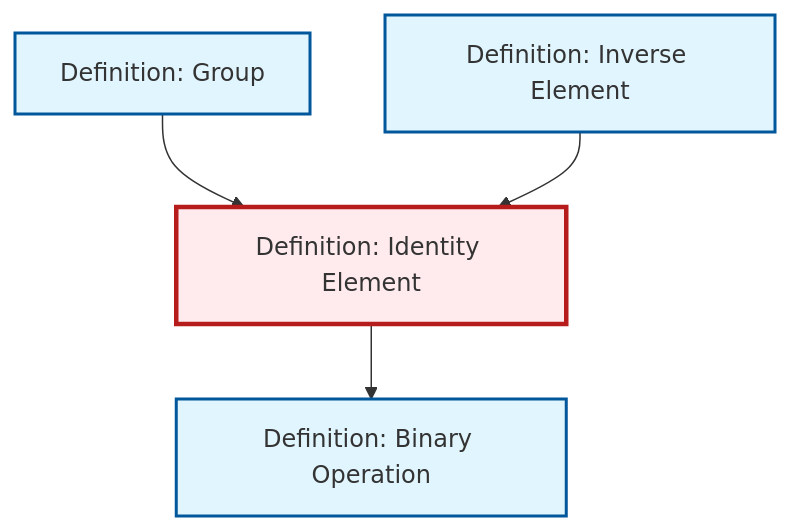
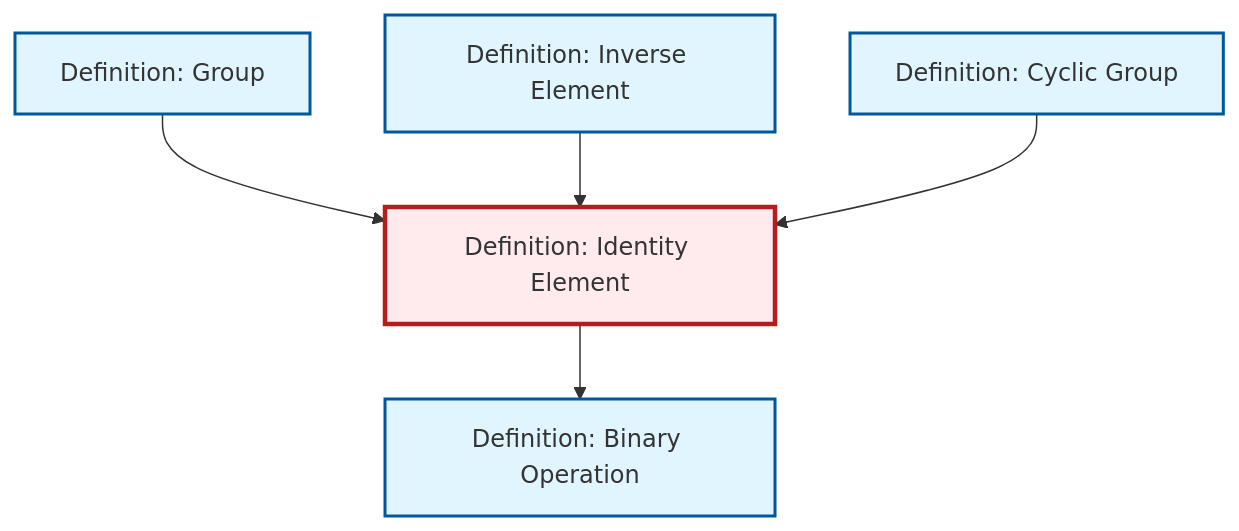
The diagram in content/ja/algebra/def-identity-element.qmd (RK0429/ModernMath), drawn with Mermaid before and after one commit. The commit also changed 417 other files, not shown here.

````diff
--- a/content/ja/algebra/def-identity-element.qmd
+++ b/content/ja/algebra/def-identity-element.qmd
@@ -81,20 +81,23 @@
 ```{mermaid}
 %%| fig-cap: "Local dependency graph"
 graph TD
     classDef definition fill:#e1f5fe,stroke:#01579b,stroke-width:2px
     classDef theorem fill:#f3e5f5,stroke:#4a148c,stroke-width:2px
     classDef axiom fill:#fff3e0,stroke:#e65100,stroke-width:2px
     classDef example fill:#e8f5e9,stroke:#1b5e20,stroke-width:2px
     classDef current fill:#ffebee,stroke:#b71c1c,stroke-width:3px
-    def-group["Definition: Group"]:::definition
+    def-identity-element["Definition: Identity Element"]:::definition
+    def-cyclic-group["Definition: Cyclic Group"]:::definition
     def-inverse-element["Definition: Inverse Element"]:::definition
     def-binary-operation["Definition: Binary Operation"]:::definition
-    def-identity-element["Definition: Identity Element"]:::definition
+    def-group["Definition: Group"]:::definition
+    def-identity-element --> def-binary-operation
     def-group --> def-identity-element
     def-inverse-element --> def-identity-element
-    def-identity-element --> def-binary-operation
+    def-cyclic-group --> def-identity-element
     class def-identity-element current
-    click def-group "def-group.html" "Definition: Groupへ"
+    click def-cyclic-group "def-cyclic-group.html" "Definition: Cyclic Groupへ"
     click def-inverse-element "def-inverse-element.html" "Definition: Inverse Elementへ"
     click def-binary-operation "def-binary-operation.html" "Definition: Binary Operationへ"
+    click def-group "def-group.html" "Definition: Groupへ"
 ```
````
